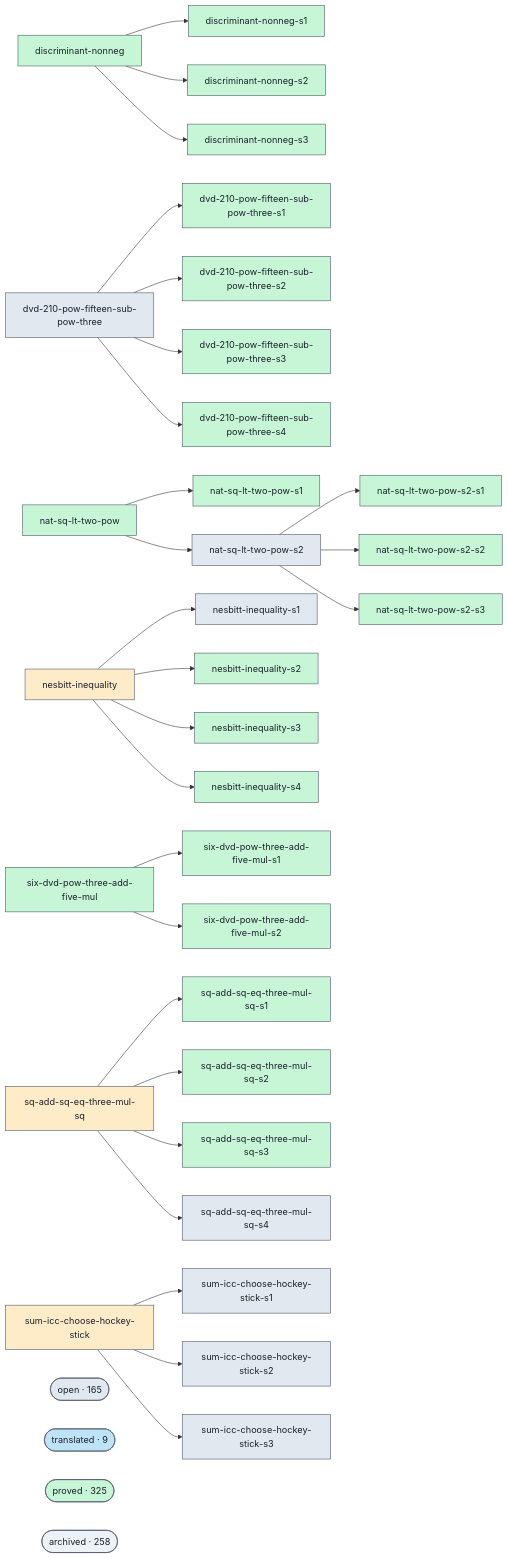
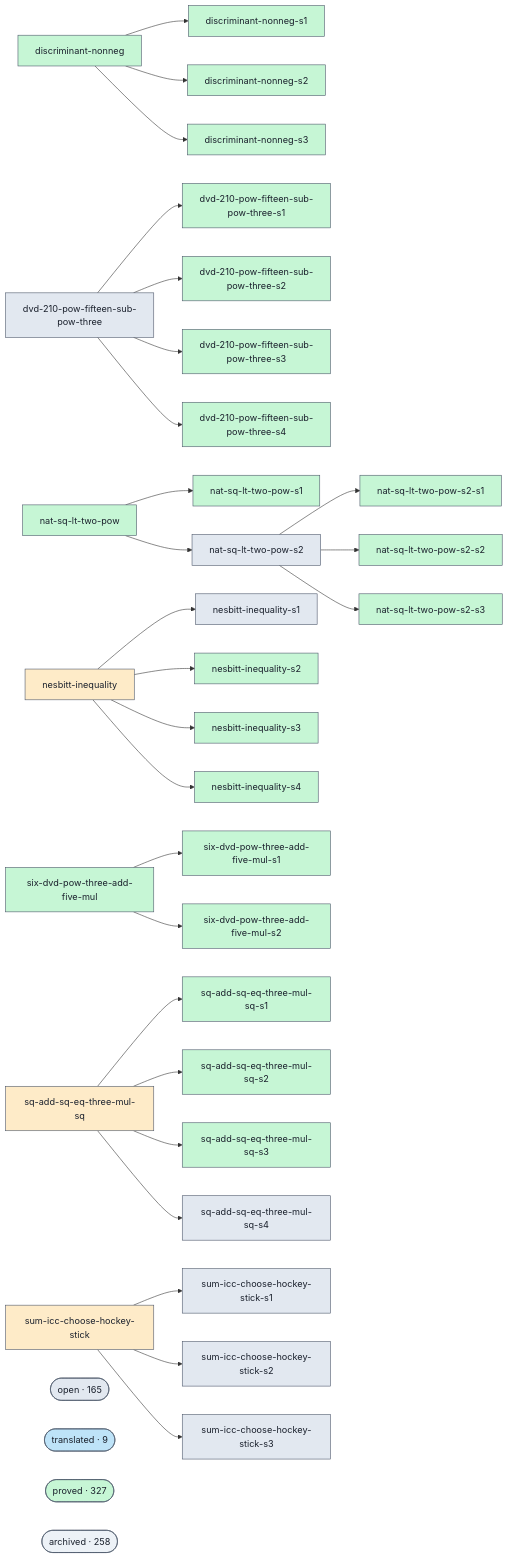
The diagram in docs/proofs-contributors-visualisation.md (ohdearquant/unsorry), drawn with Mermaid before and after one commit. The commit also changed other lines of this file and 2 other files, not shown here.

```diff
--- a/docs/proofs-contributors-visualisation.md
+++ b/docs/proofs-contributors-visualisation.md
@@ -147,7 +147,7 @@
   class cluster_open open;
   cluster_translated(["translated · 9"])
   class cluster_translated translated;
-  cluster_proved(["proved · 325"])
+  cluster_proved(["proved · 327"])
   class cluster_proved proved;
   cluster_archived(["archived · 258"])
   class cluster_archived unknown;
```
